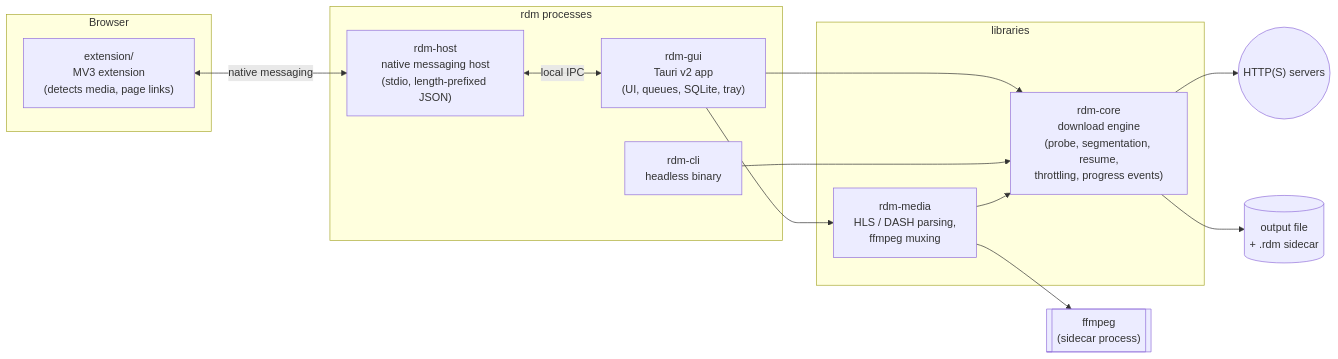
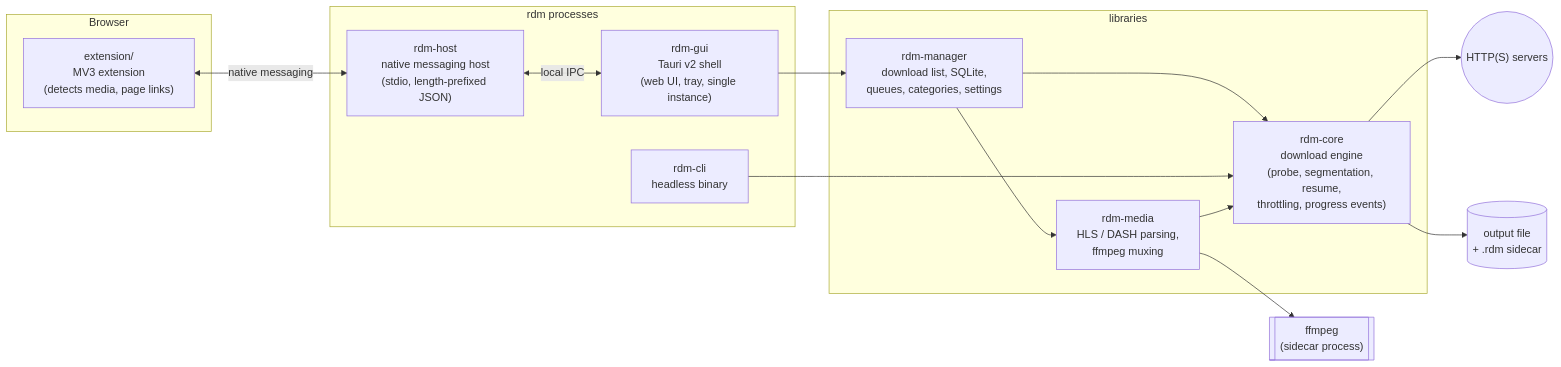
One commit to Mudales/rdm changed the diagram in README.md. Above: the diagram before and after it, drawn with Mermaid. The commit also changed other lines of this file and 29 other files, not shown here.

````diff
--- a/README.md
+++ b/README.md
@@ -14,31 +14,33 @@
 ```mermaid
 flowchart LR
     subgraph Browser
         EXT["extension/<br/>MV3 extension<br/>(detects media, page links)"]
     end
 
     subgraph rdm["rdm processes"]
         HOST["rdm-host<br/>native messaging host<br/>(stdio, length-prefixed JSON)"]
-        GUI["rdm-gui<br/>Tauri v2 app<br/>(UI, queues, SQLite, tray)"]
+        GUI["rdm-gui<br/>Tauri v2 shell<br/>(web UI, tray, single instance)"]
         CLI["rdm-cli<br/>headless binary"]
     end
 
     subgraph libs["libraries"]
+        MGR["rdm-manager<br/>download list, SQLite,<br/>queues, categories, settings"]
         MEDIA["rdm-media<br/>HLS / DASH parsing,<br/>ffmpeg muxing"]
         CORE["rdm-core<br/>download engine<br/>(probe, segmentation, resume,<br/>throttling, progress events)"]
     end
 
     FFMPEG[["ffmpeg<br/>(sidecar process)"]]
     NET(("HTTP(S) servers"))
     DISK[("output file<br/>+ .rdm sidecar")]
 
     EXT <-- "native messaging" --> HOST
     HOST <-- "local IPC" --> GUI
-    GUI --> MEDIA
-    GUI --> CORE
+    GUI --> MGR
+    MGR --> MEDIA
+    MGR --> CORE
     CLI --> CORE
     MEDIA --> CORE
     MEDIA --> FFMPEG
     CORE --> NET
     CORE --> DISK
 ```
````
